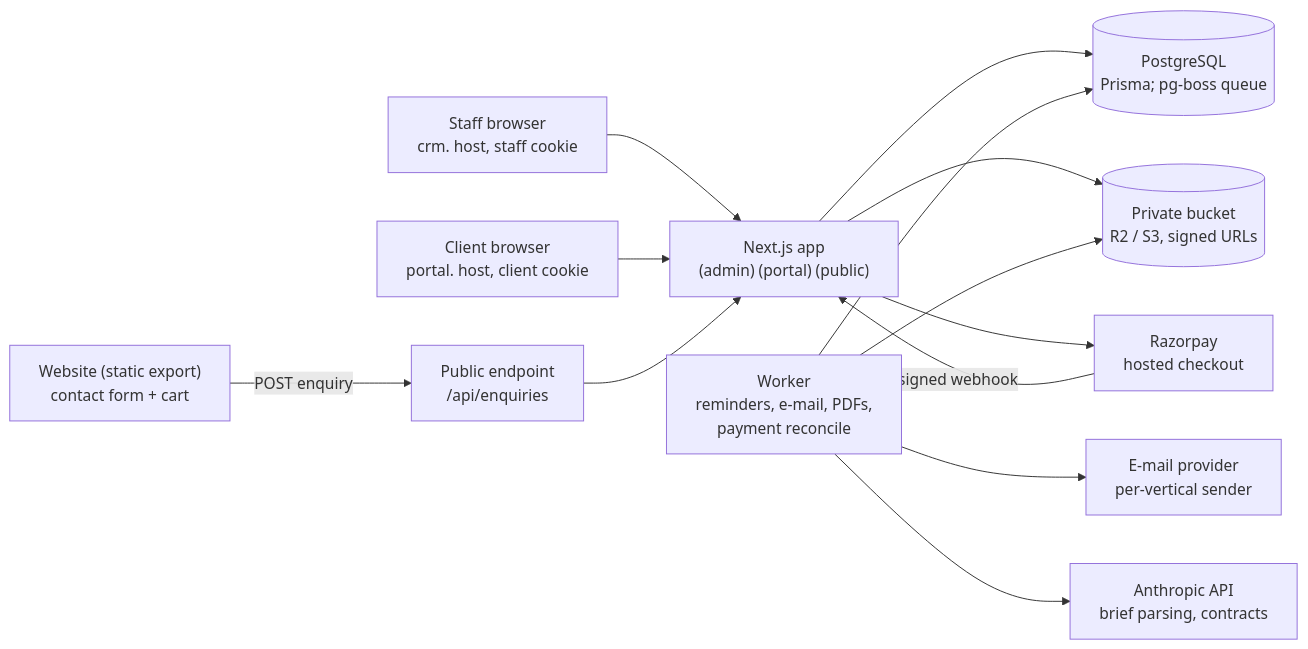
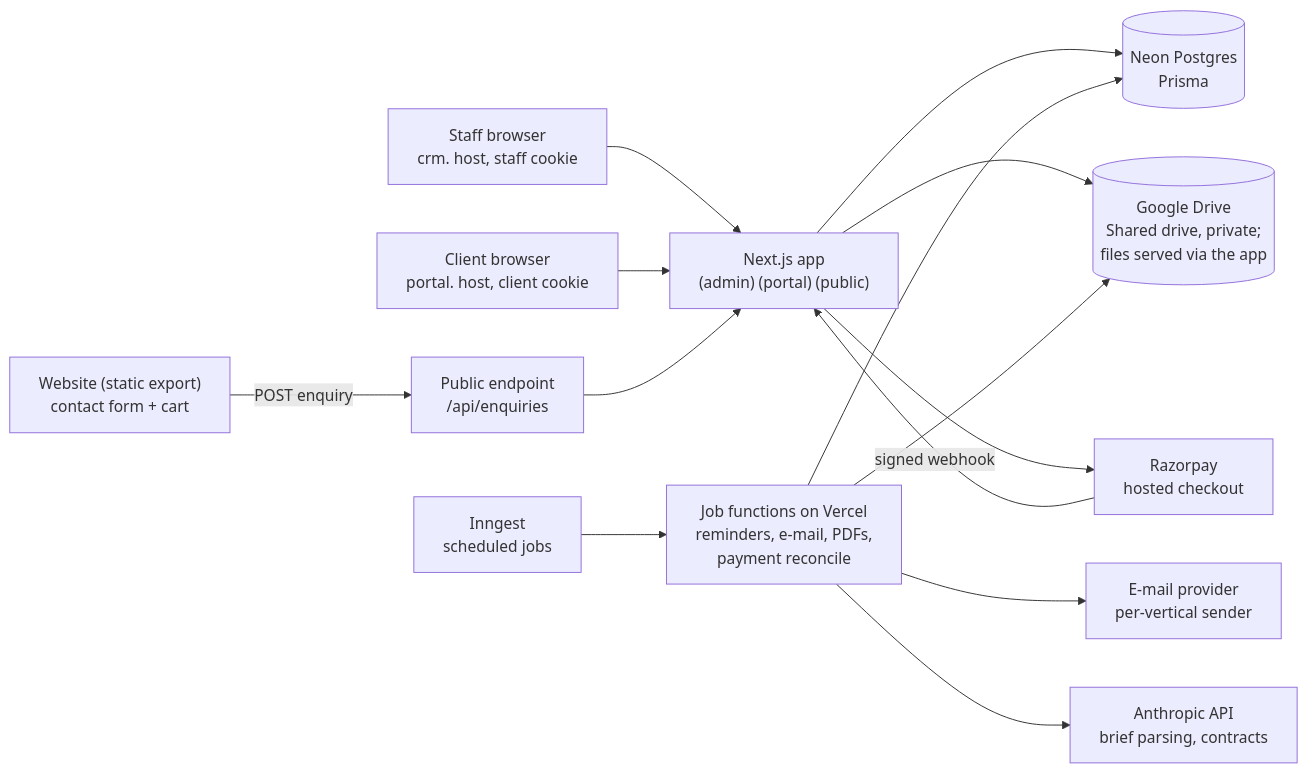
Before and after one commit to kreatifatelierwork-oss/Kreatif-Atelier-Official-main: the first of 2 diagrams in docs/crm/BRIEF.md, drawn with Mermaid. The commit also changed other lines of this file, not shown here.

Commit message:
docs: CRM brief uses subdomains, Vercel, Neon, Google Drive and Inngest

````diff
--- a/docs/crm/BRIEF.md
+++ b/docs/crm/BRIEF.md
@@ -31,15 +31,16 @@
 ```mermaid
 flowchart LR
   site["Website (static export)<br/>contact form + cart"] -->|"POST enquiry"| pub["Public endpoint<br/>/api/enquiries"]
   staff["Staff browser<br/>crm. host, staff cookie"] --> app
   client["Client browser<br/>portal. host, client cookie"] --> app
   pub --> app["Next.js app<br/>(admin) (portal) (public)"]
-  app --> db[("PostgreSQL<br/>Prisma; pg-boss queue")]
-  worker["Worker<br/>reminders, e-mail, PDFs,<br/>payment reconcile"] --> db
-  app --> store[("Private bucket<br/>R2 / S3, signed URLs")]
+  app --> db[("Neon Postgres<br/>Prisma")]
+  worker["Job functions on Vercel<br/>reminders, e-mail, PDFs,<br/>payment reconcile"] --> db
+  app --> store[("Google Drive<br/>Shared drive, private;<br/>files served via the app")]
   worker --> store
+  jobs["Inngest<br/>scheduled jobs"] --> worker
   worker --> mail["E-mail provider<br/>per-vertical sender"]
   app --> pay["Razorpay<br/>hosted checkout"]
   pay -->|"signed webhook"| app
   worker --> ai["Anthropic API<br/>brief parsing, contracts"]
 ```
````
